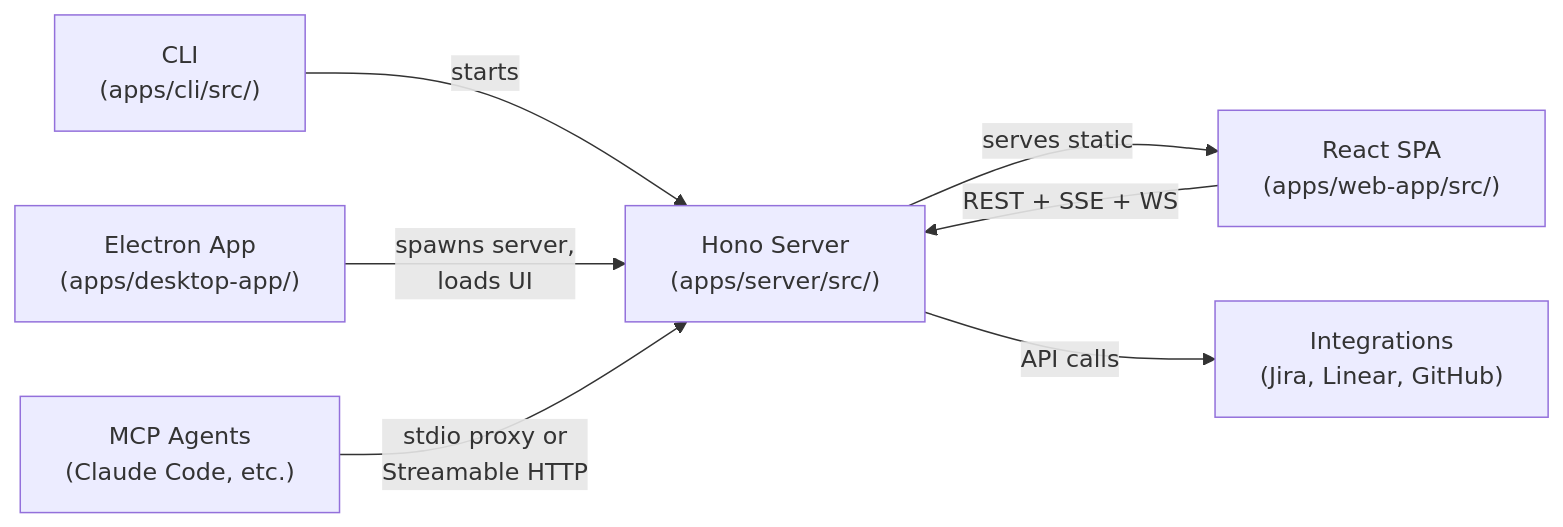
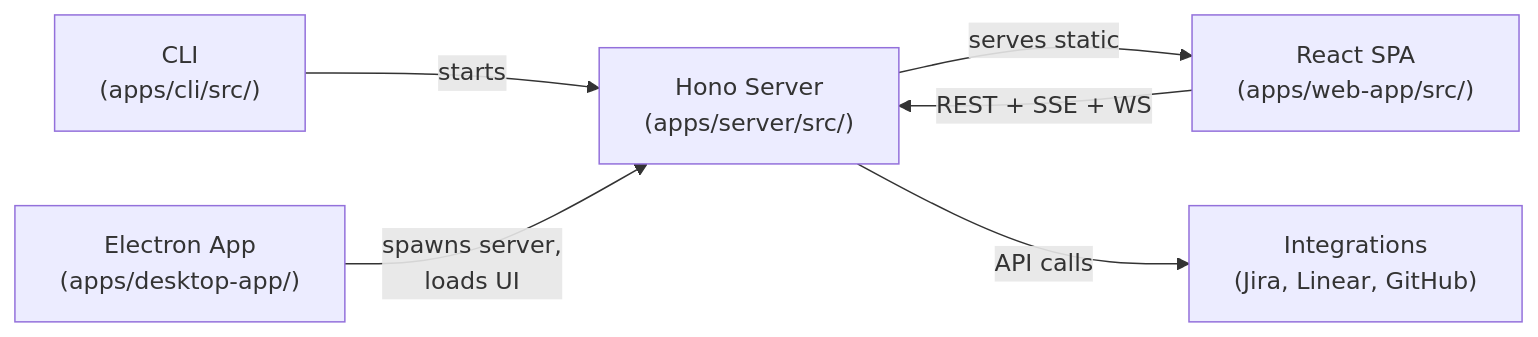
One commit to fum4/openkit changed the first of 3 diagrams in docs/ARCHITECTURE.md. Above: the diagram before and after it, drawn with Mermaid. The commit also changed other lines of this file and 110 other files, not shown here.

First line of the commit message:
chore: clean up build pipeline, remove MCP server, unify logger (#82)

````diff
--- a/docs/ARCHITECTURE.md
+++ b/docs/ARCHITECTURE.md
@@ -15,16 +15,14 @@
 ```mermaid
 flowchart LR
     CLI["CLI\n(apps/cli/src/)"]
     Server["Hono Server\n(apps/server/src/)"]
     UI["React SPA\n(apps/web-app/src/)"]
     Electron["Electron App\n(apps/desktop-app/)"]
-    MCP["MCP Agents\n(Claude Code, etc.)"]
     Integrations["Integrations\n(Jira, Linear, GitHub)"]
 
     CLI -->|starts| Server
     Server -->|serves static| UI
     Electron -->|spawns server,\nloads UI| Server
-    MCP -->|stdio proxy or\nStreamable HTTP| Server
     Server -->|API calls| Integrations
     UI -->|REST + SSE + WS| Server
 ```
````
